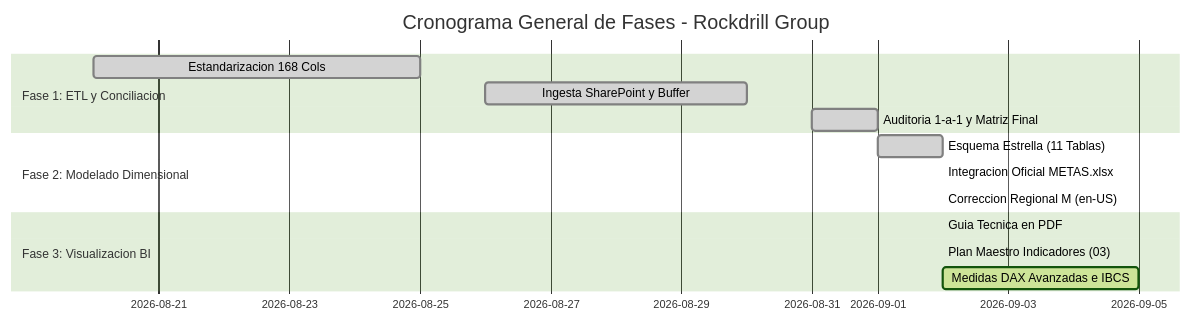
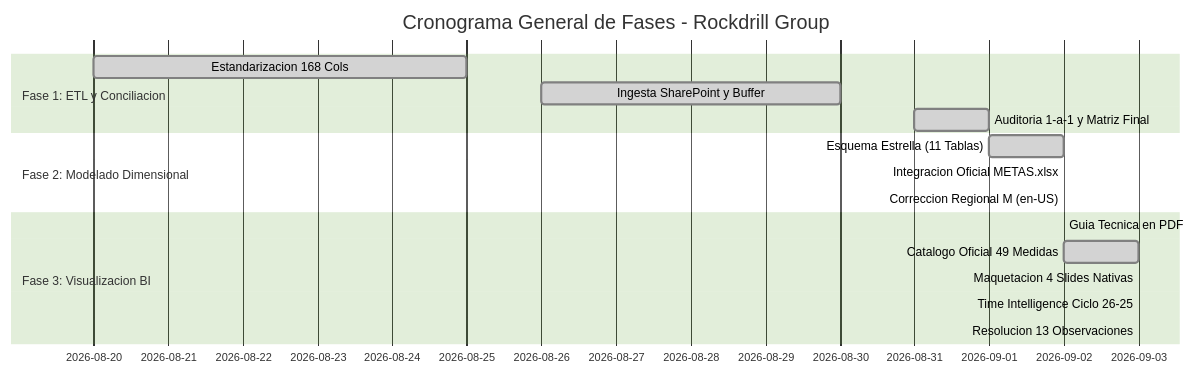
The diagram in ESTADO_DEL_PROYECTO.md (chihuacoaudaz-png/revision-detallado), drawn with Mermaid (forest theme) before and after one commit. The commit also changed other lines of this file and 59 other files, not shown here.

Commit message:
feat(cierre-2026-09-03): cierre formal etapa 1 dashboard PBI, modelo tabular vertipaq consistente, 49 medidas DAX, cascada dinamica, guardias sinceras, 4 slides nativas y resiliencia temporal

````diff
--- a/ESTADO_DEL_PROYECTO.md
+++ b/ESTADO_DEL_PROYECTO.md
@@ -29,17 +32,19 @@
 ```mermaid
 gantt
     title Cronograma General de Fases - Rockdrill Group
     dateFormat  YYYY-MM-DD
     section Fase 1: ETL y Conciliacion
     Estandarizacion 168 Cols       :done, 2026-08-20, 2026-08-25
     Ingesta SharePoint y Buffer    :done, 2026-08-26, 2026-08-30
     Auditoria 1-a-1 y Matriz Final :done, 2026-08-31, 2026-09-01
     section Fase 2: Modelado Dimensional
     Esquema Estrella (11 Tablas)   :done, 2026-09-01, 2026-09-02
     Integracion Oficial METAS.xlsx :done, 2026-09-02, 2026-09-02
     Correccion Regional M (en-US)  :done, 2026-09-02, 2026-09-02
     section Fase 3: Visualizacion BI
     Guia Tecnica en PDF            :done, 2026-09-02, 2026-09-02
-    Plan Maestro Indicadores (03)  :done, 2026-09-02, 2026-09-02
-    Medidas DAX Avanzadas e IBCS   :active, 2026-09-02, 2026-09-05
+    Catalogo Oficial 49 Medidas    :done, 2026-09-02, 2026-09-03
+    Maquetacion 4 Slides Nativas   :done, 2026-09-03, 2026-09-03
+    Time Intelligence Ciclo 26-25  :done, 2026-09-03, 2026-09-03
+    Resolucion 13 Observaciones    :done, 2026-09-03, 2026-09-03
 ```
````
